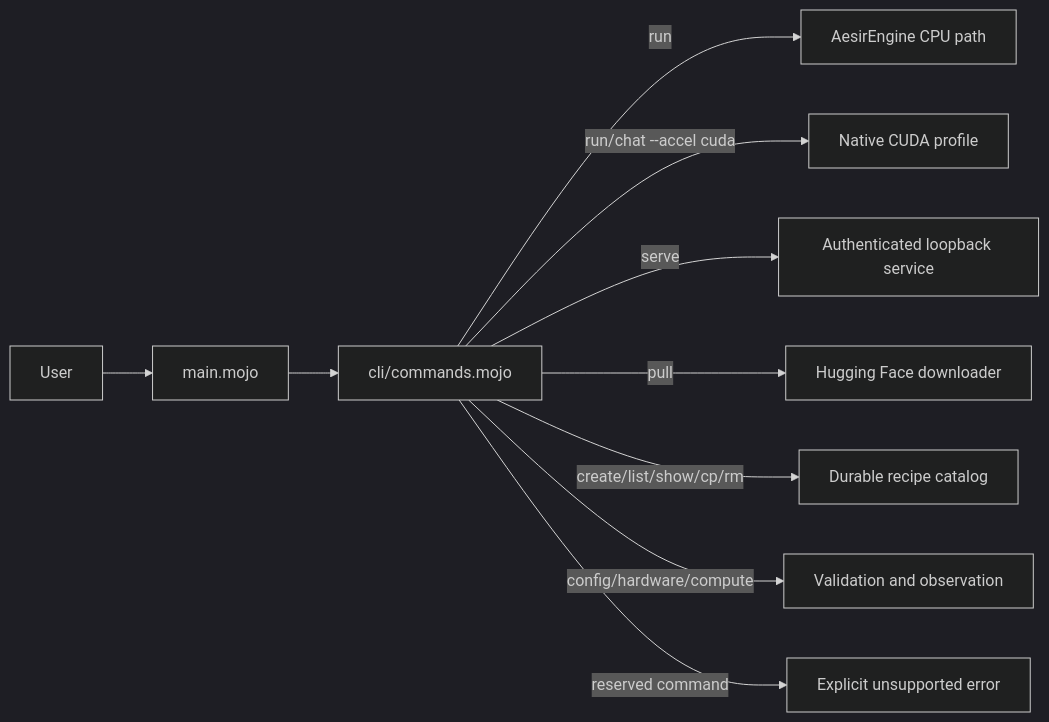
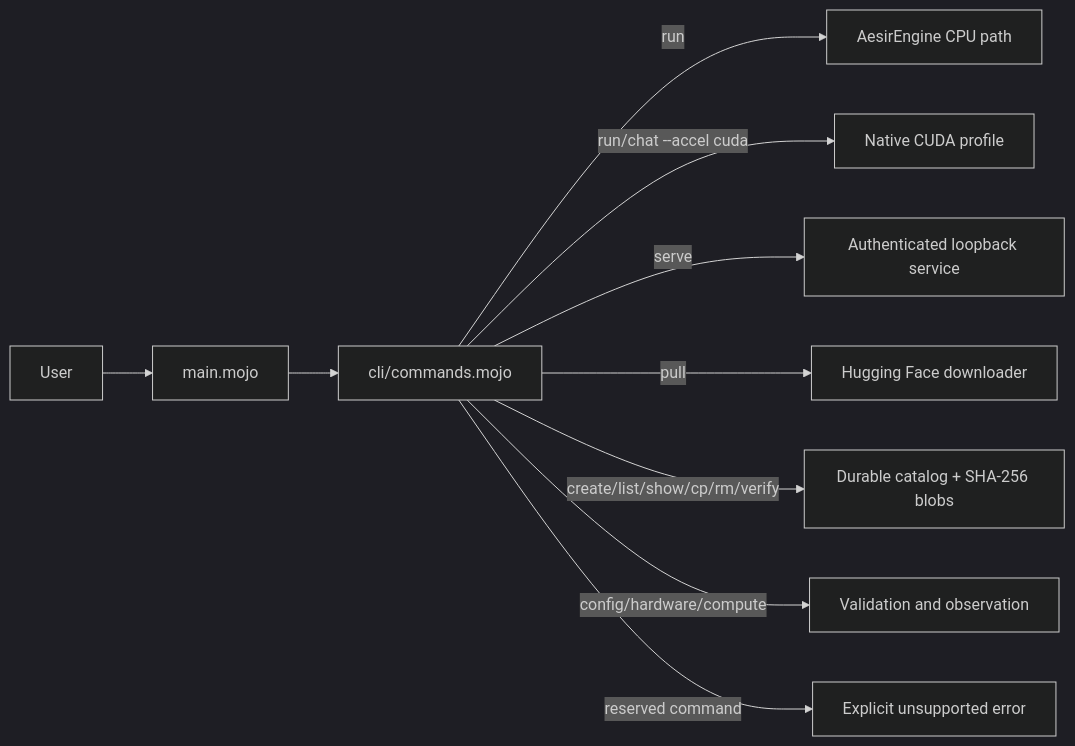
The first of 7 diagrams in docs/DATA_FLOW.md (hrabanazviking/RuneForgeAI-Project-Aesir), drawn with Mermaid (dark theme) before and after one commit. The commit also changed other lines of this file and 24 other files, not shown here.

````diff
--- a/docs/DATA_FLOW.md
+++ b/docs/DATA_FLOW.md
@@ -10,12 +10,12 @@
 ```mermaid
 flowchart LR
     User --> Main[main.mojo]
     Main --> Dispatch[cli/commands.mojo]
     Dispatch -->|run| CPU[AesirEngine CPU path]
     Dispatch -->|run/chat --accel cuda| CUDA[Native CUDA profile]
     Dispatch -->|serve| Service[Authenticated loopback service]
     Dispatch -->|pull| Hub[Hugging Face downloader]
-    Dispatch -->|create/list/show/cp/rm| Store[Durable recipe catalog]
+    Dispatch -->|create/list/show/cp/rm/verify| Store[Durable catalog + SHA-256 blobs]
     Dispatch -->|config/hardware/compute| Inspect[Validation and observation]
     Dispatch -->|reserved command| Reject[Explicit unsupported error]
 ```
````
